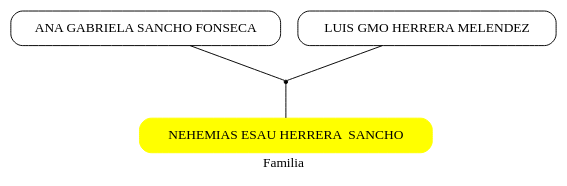
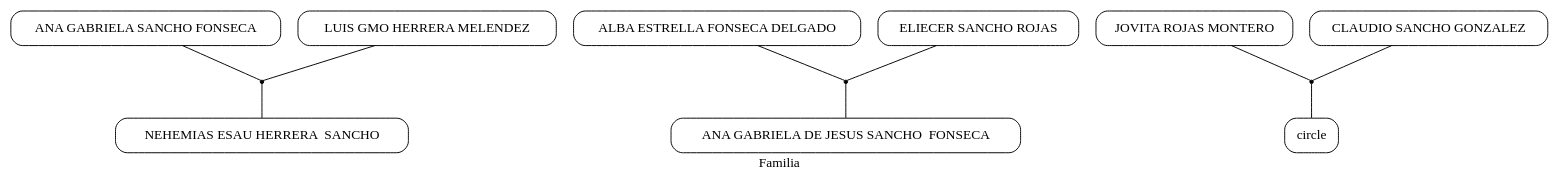
One commit to Gio666/python-git changed the diagram in 003/simple.dot. Above: the diagram before and after it, drawn with Graphviz. The commit also changed 194 other files, not shown here.

```diff
--- a/003/simple.dot
+++ b/003/simple.dot
@@ -1,17 +1,25 @@
 strict digraph  {
 	graph [diredgeconstraints=true,
 		label=Familia,
 		mode=ipsep,
 		overlap=orthoxy,
 		sep=0.5
 	];
-	node [shape=box,
+	node [label="\N",
+		shape=box,
 		style=rounded
 	];
-	"NEHEMIAS ESAU HERRERA  SANCHO "	 [color=yellow,
-		style="filled,rounded"];
-	"."	 [shape=point];
-	"ANA GABRIELA SANCHO FONSECA " -> "."	 [arrowhead=none];
-	"LUIS GMO HERRERA MELENDEZ " -> "."	 [arrowhead=none];
-	"." -> "NEHEMIAS ESAU HERRERA  SANCHO "	 [arrowhead=none];
+	"NEHEMIAS ESAU HERRERA  SANCHO ANA GABRIELA SANCHO FONSECA LUIS GMO HERRERA MELENDEZ "	 [shape=point];
+	"ANA GABRIELA SANCHO FONSECA " -> "NEHEMIAS ESAU HERRERA  SANCHO ANA GABRIELA SANCHO FONSECA LUIS GMO HERRERA MELENDEZ "	 [arrowhead=none];
+	"LUIS GMO HERRERA MELENDEZ " -> "NEHEMIAS ESAU HERRERA  SANCHO ANA GABRIELA SANCHO FONSECA LUIS GMO HERRERA MELENDEZ "	 [arrowhead=none];
+	"NEHEMIAS ESAU HERRERA  SANCHO ANA GABRIELA SANCHO FONSECA LUIS GMO HERRERA MELENDEZ " -> "NEHEMIAS ESAU HERRERA  SANCHO "	 [arrowhead=none];
+	"ANA GABRIELA DE JESUS SANCHO  FONSECA ALBA ESTRELLA FONSECA DELGADO ELIECER SANCHO ROJAS "	 [shape=point];
+	"ALBA ESTRELLA FONSECA DELGADO " -> "ANA GABRIELA DE JESUS SANCHO  FONSECA ALBA ESTRELLA FONSECA DELGADO ELIECER SANCHO ROJAS "	 [arrowhead=none];
+	"ELIECER SANCHO ROJAS " -> "ANA GABRIELA DE JESUS SANCHO  FONSECA ALBA ESTRELLA FONSECA DELGADO ELIECER SANCHO ROJAS "	 [arrowhead=none];
+	"ANA GABRIELA DE JESUS SANCHO  FONSECA ALBA ESTRELLA FONSECA DELGADO ELIECER SANCHO ROJAS " -> "ANA GABRIELA DE JESUS SANCHO  FONSECA "	 [arrowhead=none];
+	"ELIECER GIL SANCHO  ROJAS "	 [label=circle];
+	"ELIECER GIL SANCHO  ROJAS JOVITA ROJAS MONTERO CLAUDIO SANCHO GONZALEZ "	 [shape=point];
+	"JOVITA ROJAS MONTERO " -> "ELIECER GIL SANCHO  ROJAS JOVITA ROJAS MONTERO CLAUDIO SANCHO GONZALEZ "	 [arrowhead=none];
+	"CLAUDIO SANCHO GONZALEZ " -> "ELIECER GIL SANCHO  ROJAS JOVITA ROJAS MONTERO CLAUDIO SANCHO GONZALEZ "	 [arrowhead=none];
+	"ELIECER GIL SANCHO  ROJAS JOVITA ROJAS MONTERO CLAUDIO SANCHO GONZALEZ " -> "ELIECER GIL SANCHO  ROJAS "	 [arrowhead=none];
 }
```
